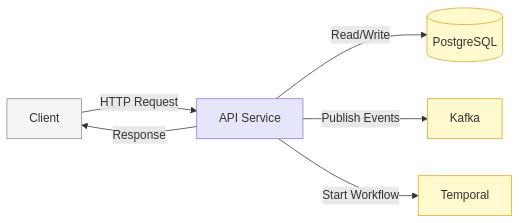
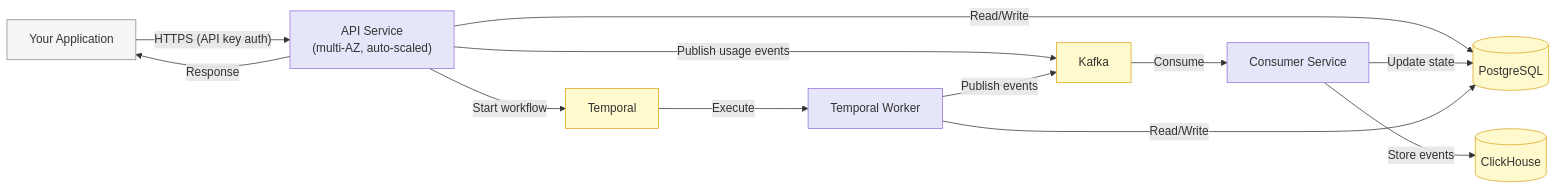
The first of 2 diagrams in docs/getting-started/architecture.mdx (flexprice/flexprice-docs), drawn with Mermaid before and after one commit. The commit also changed other lines of this file, not shown here.

Commit message:
docs(architecture): rebuild as customer-facing trust & architecture page for Flexprice Cloud

````diff
--- a/docs/getting-started/architecture.mdx
+++ b/docs/getting-started/architecture.mdx
@@ -20,18 +48,27 @@
 ```mermaid
 graph LR
+    classDef client fill:#f5f5f5,stroke:#888888
     classDef services fill:#e6e6fa,stroke:#9370db
     classDef infrastructure fill:#fffacd,stroke:#daa520
-    classDef client fill:#f5f5f5,stroke:#888888
 
-    client["Client"]:::client
-    api["API Service"]:::services
+    client["Your Application"]:::client
+    api["API Service<br/>(multi-AZ, auto-scaled)"]:::services
+    kafka[Kafka]:::infrastructure
+    consumer["Consumer Service"]:::services
+    worker["Temporal Worker"]:::services
     postgres[(PostgreSQL)]:::infrastructure
-    kafka[Kafka]:::infrastructure
+    clickhouse[(ClickHouse)]:::infrastructure
     temporal[Temporal]:::infrastructure
 
-    client -- "HTTP Request" --> api
+    client -- "HTTPS (API key auth)" --> api
     api -- "Read/Write" --> postgres
-    api -- "Publish Events" --> kafka
-    api -- "Start Workflow" --> temporal
+    api -- "Publish usage events" --> kafka
+    api -- "Start workflow" --> temporal
+    kafka -- "Consume" --> consumer
+    consumer -- "Store events" --> clickhouse
+    consumer -- "Update state" --> postgres
+    temporal -- "Execute" --> worker
+    worker -- "Read/Write" --> postgres
+    worker -- "Publish events" --> kafka
     api -- "Response" --> client
 ```
````
